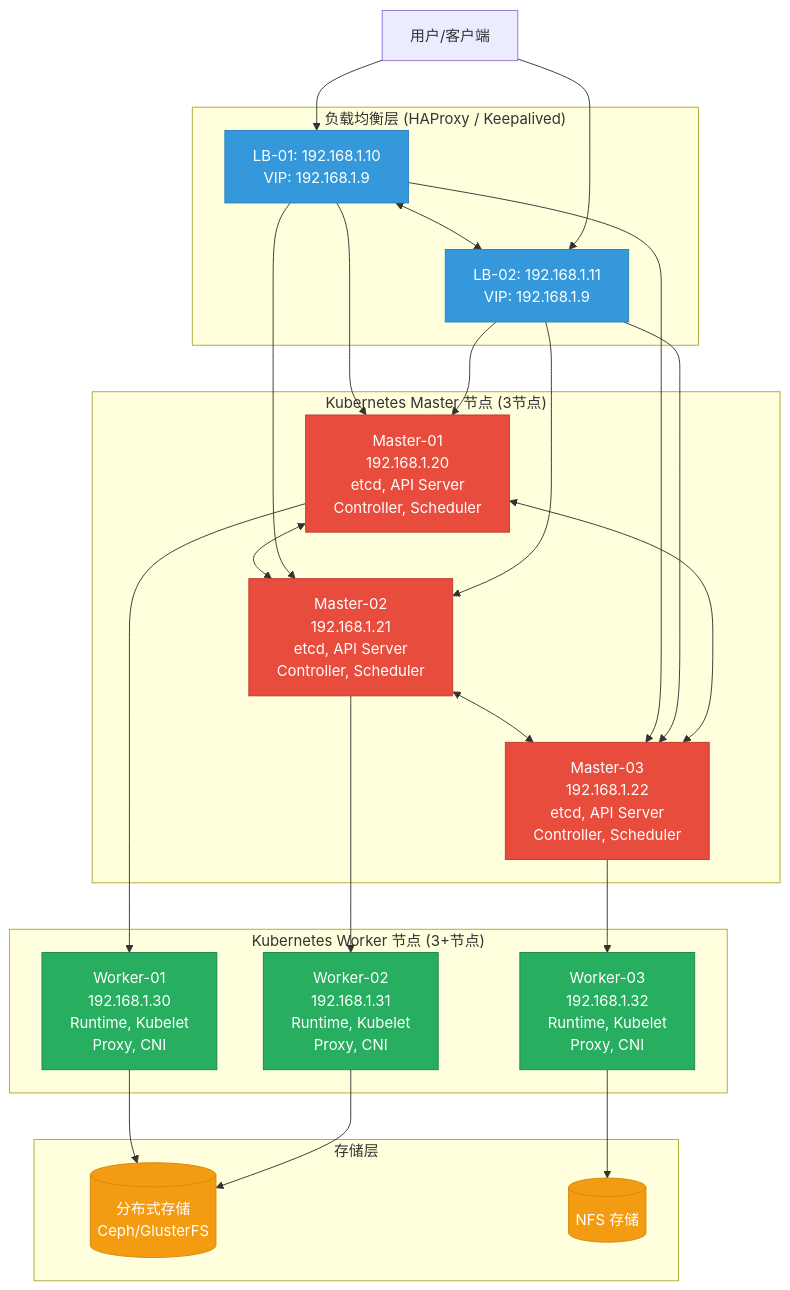
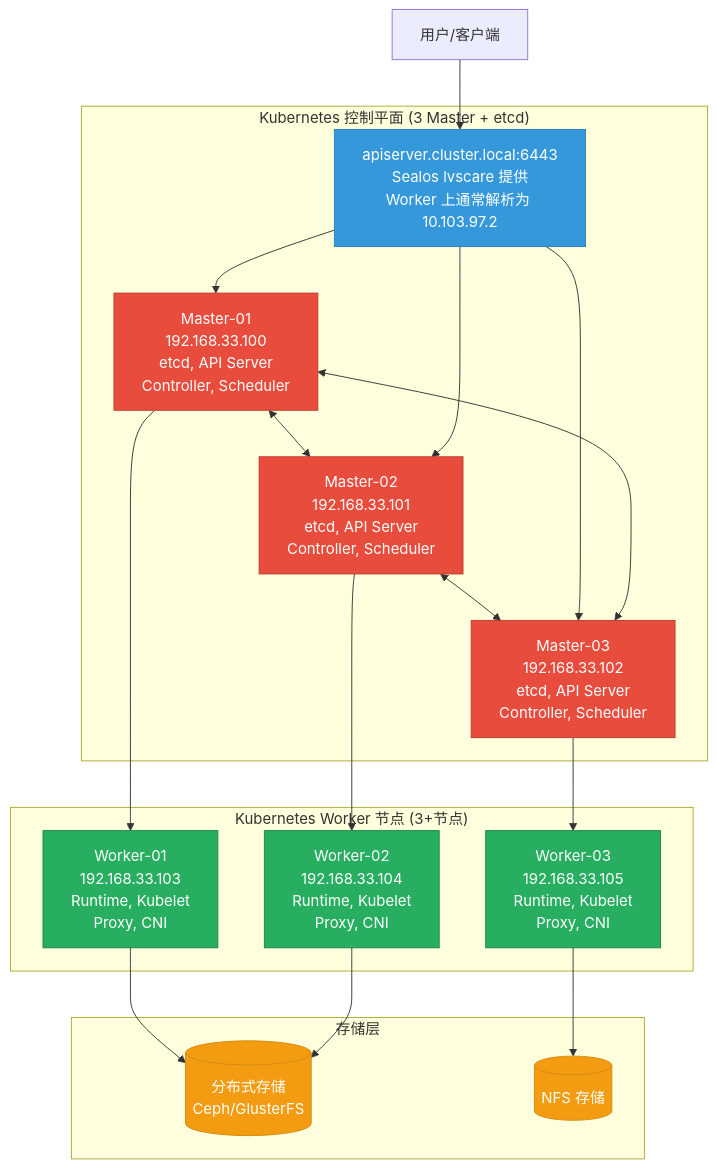
The second of 2 diagrams in 07-kubernetes/sealos/Sealos生产级部署与运维指南.md (yansongwel/technical-documentation), drawn with Mermaid before and after one commit. The commit also changed other lines of this file and 4 other files, not shown here.

````diff
--- a/07-kubernetes/sealos/Sealos生产级部署与运维指南.md
+++ b/07-kubernetes/sealos/Sealos生产级部署与运维指南.md
@@ -133,57 +151,46 @@
 ```mermaid
 graph TB
-    subgraph "负载均衡层 (HAProxy / Keepalived)"
-        LB1[LB-01: 192.168.1.10<br/>VIP: 192.168.1.9]
-        LB2[LB-02: 192.168.1.11<br/>VIP: 192.168.1.9]
-        LB1 <--> LB2
-    end
-
-    subgraph "Kubernetes Master 节点 (3节点)"
-        M1[Master-01<br/>192.168.1.20<br/>etcd, API Server<br/>Controller, Scheduler]
-        M2[Master-02<br/>192.168.1.21<br/>etcd, API Server<br/>Controller, Scheduler]
-        M3[Master-03<br/>192.168.1.22<br/>etcd, API Server<br/>Controller, Scheduler]
+    subgraph "Kubernetes 控制平面 (3 Master + etcd)"
+        VIP[apiserver.cluster.local:6443<br/>Sealos lvscare 提供<br/>Worker 上通常解析为 10.103.97.2]
+        M1[Master-01<br/>192.168.33.100<br/>etcd, API Server<br/>Controller, Scheduler]
+        M2[Master-02<br/>192.168.33.101<br/>etcd, API Server<br/>Controller, Scheduler]
+        M3[Master-03<br/>192.168.33.102<br/>etcd, API Server<br/>Controller, Scheduler]
         M1 <--> M2
         M2 <--> M3
         M3 <--> M1
+        VIP --> M1
+        VIP --> M2
+        VIP --> M3
     end
 
     subgraph "Kubernetes Worker 节点 (3+节点)"
-        W1[Worker-01<br/>192.168.1.30<br/>Runtime, Kubelet<br/>Proxy, CNI]
-        W2[Worker-02<br/>192.168.1.31<br/>Runtime, Kubelet<br/>Proxy, CNI]
-        W3[Worker-03<br/>192.168.1.32<br/>Runtime, Kubelet<br/>Proxy, CNI]
+        W1[Worker-01<br/>192.168.33.103<br/>Runtime, Kubelet<br/>Proxy, CNI]
+        W2[Worker-02<br/>192.168.33.104<br/>Runtime, Kubelet<br/>Proxy, CNI]
+        W3[Worker-03<br/>192.168.33.105<br/>Runtime, Kubelet<br/>Proxy, CNI]
     end
 
     subgraph "存储层"
         S1[(分布式存储<br/>Ceph/GlusterFS)]
         S2[(NFS 存储)]
     end
-
-    LB1 --> M1
-    LB1 --> M2
-    LB1 --> M3
-    LB2 --> M1
-    LB2 --> M2
-    LB2 --> M3
 
     M1 --> W1
     M2 --> W2
     M3 --> W3
 
     W1 --> S1
     W2 --> S1
     W3 --> S2
 
-    User[用户/客户端] --> LB1
-    User --> LB2
+    User[用户/客户端] --> VIP
 
-    style LB1 fill:#3498DB,stroke:#2980B9,color:#fff
-    style LB2 fill:#3498DB,stroke:#2980B9,color:#fff
+    style VIP fill:#3498DB,stroke:#2980B9,color:#fff
     style M1 fill:#E74C3C,stroke:#C0392B,color:#fff
     style M2 fill:#E74C3C,stroke:#C0392B,color:#fff
     style M3 fill:#E74C3C,stroke:#C0392B,color:#fff
     style W1 fill:#27AE60,stroke:#1E8449,color:#fff
     style W2 fill:#27AE60,stroke:#1E8449,color:#fff
     style W3 fill:#27AE60,stroke:#1E8449,color:#fff
     style S1 fill:#F39C12,stroke:#D68910,color:#fff
     style S2 fill:#F39C12,stroke:#D68910,color:#fff
 ```
````
